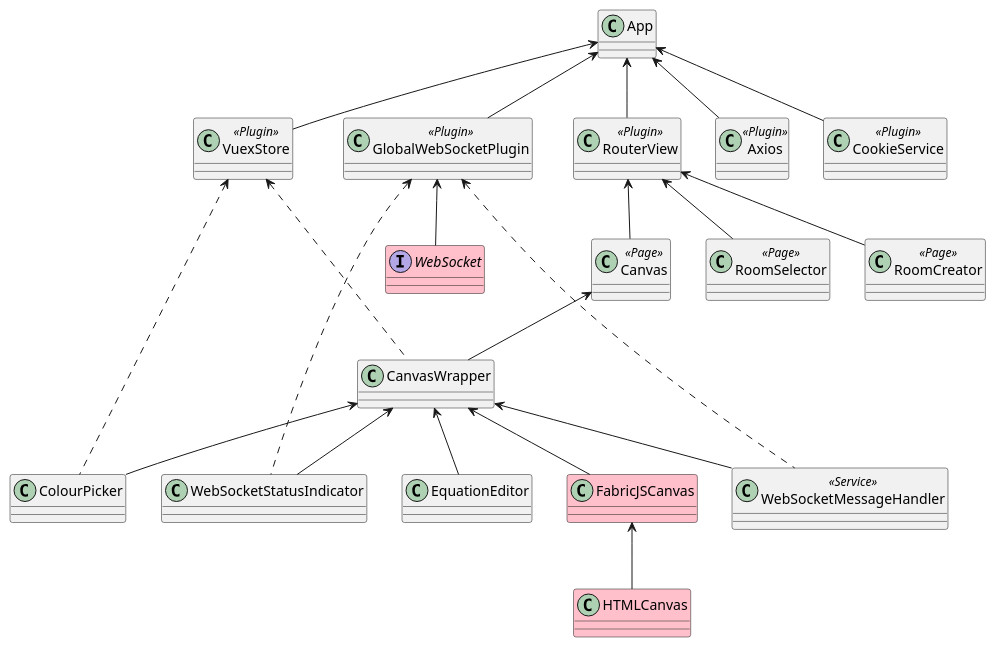
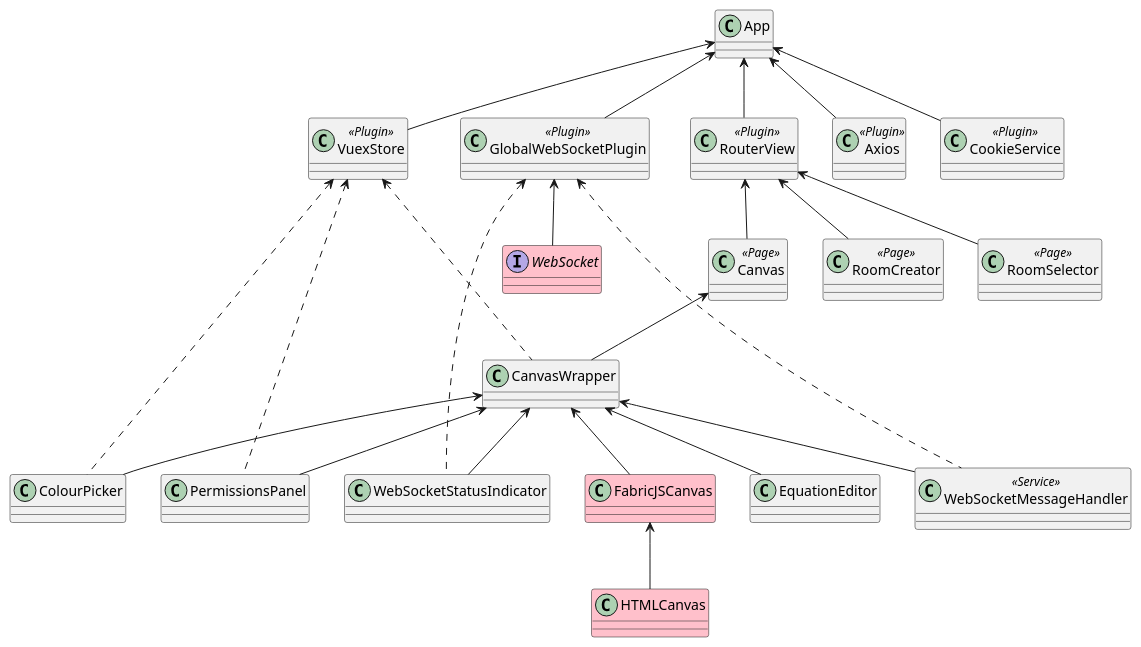
Before and after one commit to csworthington/crockr: the diagram in client/diagrams/ClientComponentStructure.wsd, drawn with PlantUML. The commit also changed 2 other files, not shown here.

Commit message:
added and modified diagrams

```diff
--- a/client/diagrams/ClientComponentStructure.wsd
+++ b/client/diagrams/ClientComponentStructure.wsd
@@ -1,83 +1,89 @@
 @startuml Client Components
 
 class App {}
 
 class RouterView <<Plugin>> {}
 
 class Canvas <<Page>> {}
 
 class RoomCreator <<Page>> {}
 
 class RoomSelector <<Page>> {}
 
 class CanvasWrapper {}
 
 class WebSocketStatusIndicator {}
 
 class ColourPicker {}
 
 class EquationEditor {}
 
 class VuexStore <<Plugin>> {}
 
 class GlobalWebSocketPlugin <<Plugin>> {}
 
 class Axios <<Plugin>> {}
 
 class CookieService <<Plugin>> {}
 
 class WebSocketMessageHandler <<Service>> {}
 
 interface WebSocket #pink {}
 
 class HTMLCanvas #pink {}
 
 class FabricJSCanvas #pink {}
+
+class PermissionsPanel {}
 
 
 VuexStore -[hidden]> GlobalWebSocketPlugin
 GlobalWebSocketPlugin -[hidden]> RouterView
 RouterView -[hidden]> Axios
 Axios -[hidden]> CookieService
 
 App <-- RouterView
 
 App <-- VuexStore
 
 App <-- Axios
 
 App <-- CookieService
 
 App <-- GlobalWebSocketPlugin
 
 GlobalWebSocketPlugin <-- WebSocket
 
 RouterView <-- Canvas
 
 RouterView <-- RoomSelector
 
 RouterView <-- RoomCreator
 
 Canvas <-- CanvasWrapper
 
 CanvasWrapper <-- WebSocketStatusIndicator
 
 CanvasWrapper <-- ColourPicker
 
 CanvasWrapper <-- EquationEditor
 
 CanvasWrapper <-- WebSocketMessageHandler
 
 CanvasWrapper <-- FabricJSCanvas
 
+CanvasWrapper <-- PermissionsPanel
+
 FabricJSCanvas <-- HTMLCanvas
 
 VuexStore <.. CanvasWrapper
 
 VuexStore <.. ColourPicker
 
+VuexStore <.. PermissionsPanel
+
 GlobalWebSocketPlugin <.. WebSocketStatusIndicator
 
 GlobalWebSocketPlugin <.. WebSocketMessageHandler
 
 @enduml
```
